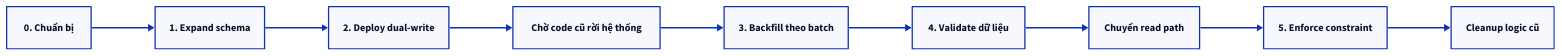
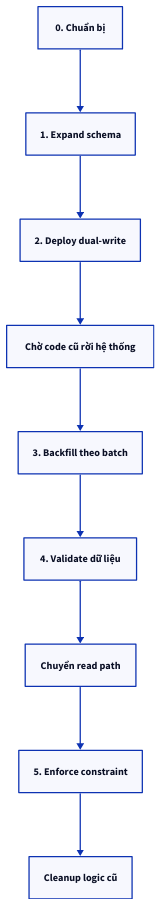
Before and after one commit to vanhiep99w/sql: the second of 8 diagrams in content/docs/interview/add-column-large-table-zero-downtime.md, drawn with D2. The commit also changed other lines of this file and 45 other files, not shown here.

Commit message:
docs: migrate remaining diagrams to D2 and enforce ASCII review

````diff
--- a/content/docs/interview/add-column-large-table-zero-downtime.md
+++ b/content/docs/interview/add-column-large-table-zero-downtime.md
@@ -229,20 +229,20 @@
 ```d2 title="5. Chiến lược tổng thể: Expand → Migrate → Contract"
-direction: right
+direction: down
 A: "0. Chuẩn bị"
 B: "1. Expand schema"
 C: "2. Deploy dual-write"
 D: "Chờ code cũ rời hệ thống"
 E: "3. Backfill theo batch"
 F: "4. Validate dữ liệu"
 G: "Chuyển read path"
 H: "5. Enforce constraint"
 I: "Cleanup logic cũ"
 A -> B
 B -> C
 C -> D
 D -> E
 E -> F
 F -> G
 G -> H
 H -> I
 ```
````
